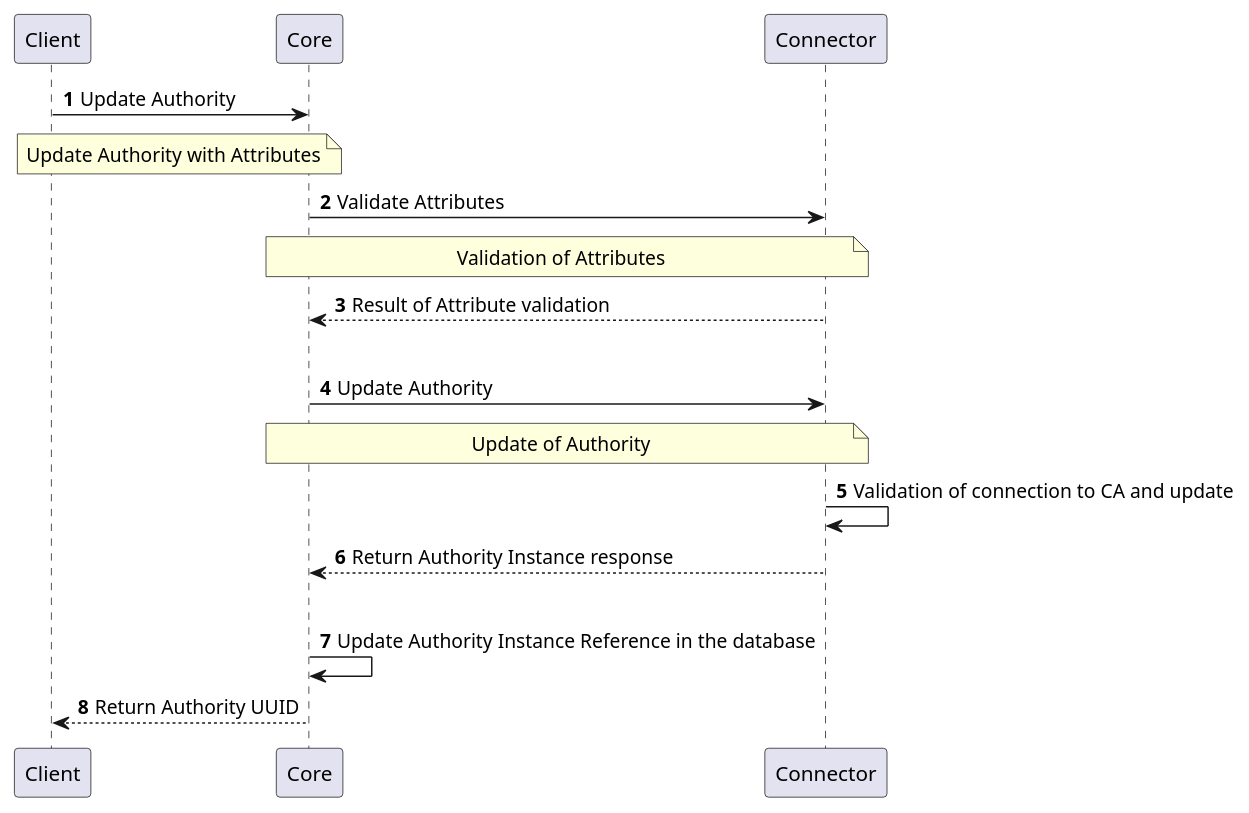
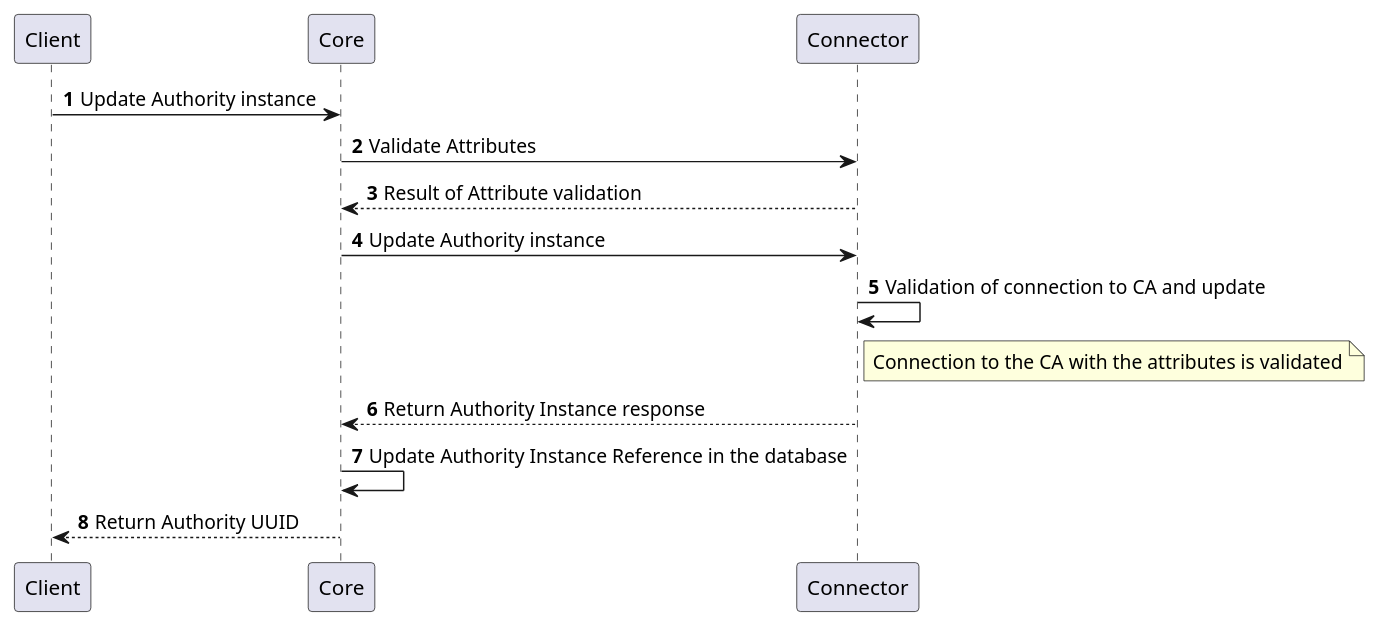
Before and after one commit to CZERTAINLY/CZERTAINLY-Documentation: the third of 7 diagrams in docs/12-connectors/05-description/25-authority-provider-v2.md, drawn with PlantUML. The commit also changed other lines of this file and 8 other files, not shown here.

First line of the commit message:
Update description of plantuml diagrams on the providers

````diff
--- a/docs/12-connectors/05-description/25-authority-provider-v2.md
+++ b/docs/12-connectors/05-description/25-authority-provider-v2.md
@@ -69,19 +59,15 @@
 ```plantuml
     @startuml
     autonumber
     skinparam topurl https://docs.czertainly.com/api/
-        Client -> Core [[core-authority/#tag/Authority-Management-API/operation/updateAuthorityInstance]]: Update Authority
-        note over Client,Core: Update Authority with Attributes
+        Client -> Core [[core-authority/#tag/Authority-Management-API/operation/updateAuthorityInstance]]: Update Authority instance
         Core -> Connector : Validate Attributes
-        note over Core,Connector: Validation of Attributes
         Connector --> Core: Result of Attribute validation
-        |||
-        Core -> Connector [[connector-authority-provider-v2/#tag/Authority-Management-API/operation/updateAuthorityInstance]]: Update Authority
-        note over Core,Connector: Update of Authority
+        Core -> Connector [[connector-authority-provider-v2/#tag/Authority-Management-API/operation/updateAuthorityInstance]]: Update Authority instance
         Connector -> Connector: Validation of connection to CA and update
+        note right of Connector: Connection to the CA with the attributes is validated
         Connector --> Core: Return Authority Instance response
-        |||
         Core -> Core : Update Authority Instance Reference in the database
         Core --> Client: Return Authority UUID
     @enduml
 ```
````
